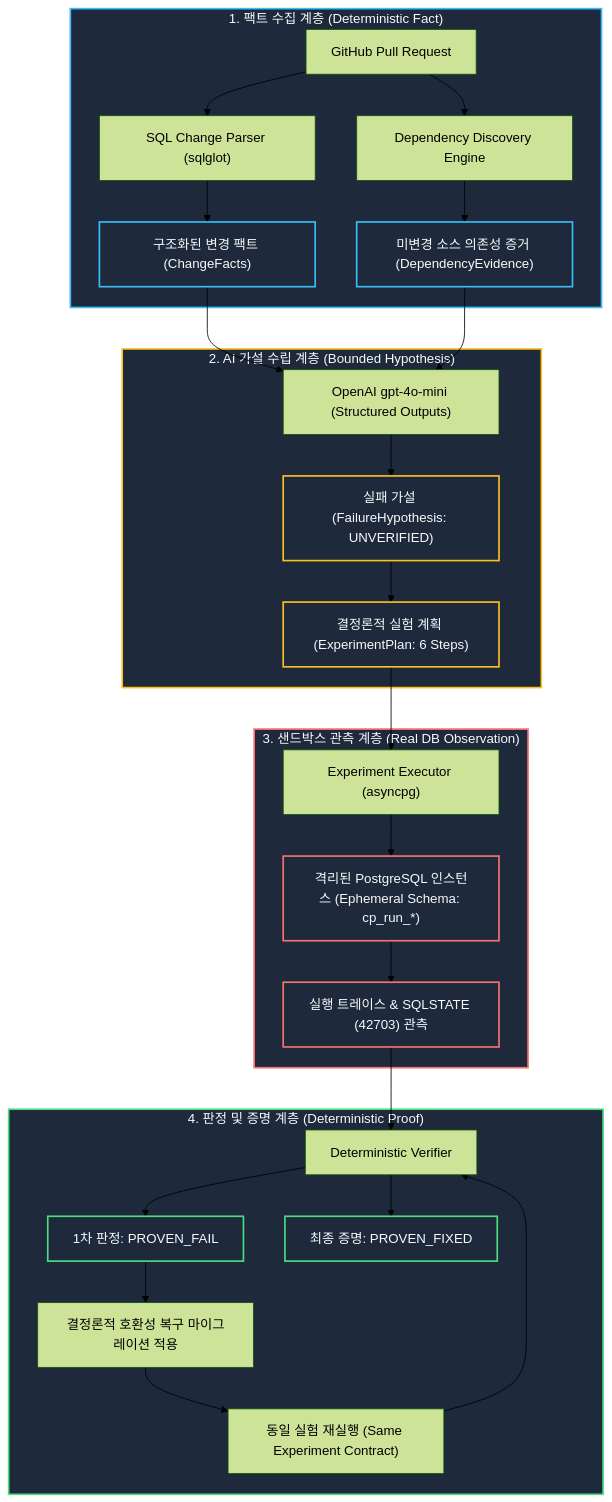
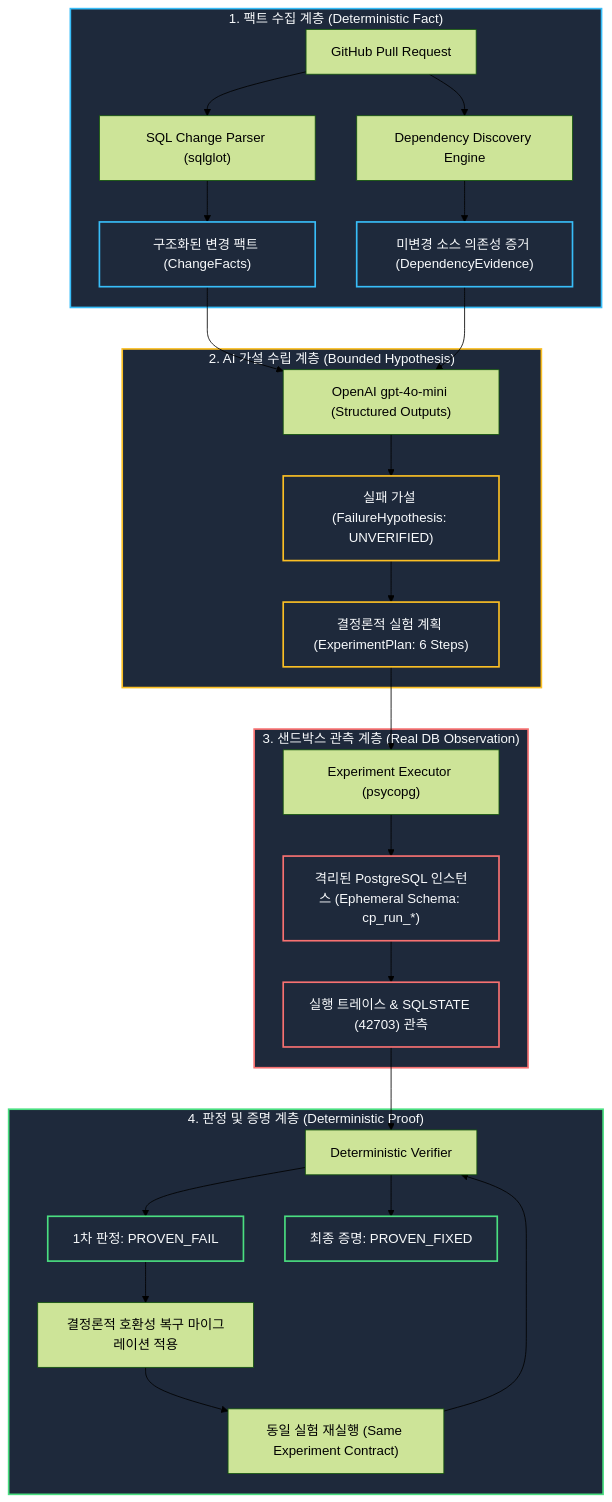
One commit to choi11000/ChangeProof changed the diagram in docs/architecture-submission.md. Above: the diagram before and after it, drawn with Mermaid (forest theme). The commit also changed other lines of this file and 5 other files, not shown here.

````diff
--- a/docs/architecture-submission.md
+++ b/docs/architecture-submission.md
@@ -9,47 +9,47 @@
 ```mermaid
 flowchart TD
     subgraph INTAKE["1. 팩트 수집 계층 (Deterministic Fact)"]
         PR["GitHub Pull Request"]
         PARSER["SQL Change Parser (sqlglot)"]
         DEP["Dependency Discovery Engine"]
         FACTS["구조화된 변경 팩트 (ChangeFacts)"]
         EVIDENCE["미변경 소스 의존성 증거 (DependencyEvidence)"]
         PR --> PARSER --> FACTS
         PR --> DEP --> EVIDENCE
     end
 
     subgraph REASONING["2. AI 가설 수립 계층 (Bounded Hypothesis)"]
         LLM["OpenAI gpt-4o-mini (Structured Outputs)"]
         HYPO["실패 가설 (FailureHypothesis: UNVERIFIED)"]
         PLAN["결정론적 실험 계획 (ExperimentPlan: 6 Steps)"]
         FACTS & EVIDENCE --> LLM --> HYPO --> PLAN
     end
 
     subgraph EXECUTION["3. 샌드박스 관측 계층 (Real DB Observation)"]
         SANDBOX["격리된 PostgreSQL 인스턴스 (Ephemeral Schema: cp_run_*)"]
-        EXEC["Experiment Executor (asyncpg)"]
+        EXEC["Experiment Executor (psycopg)"]
         TRACE["실행 트레이스 & SQLSTATE (42703) 관측"]
         PLAN --> EXEC --> SANDBOX --> TRACE
     end
 
     subgraph VERDICT["4. 판정 및 증명 계층 (Deterministic Proof)"]
         VERIFIER["Deterministic Verifier"]
         FAIL["1차 판정: PROVEN_FAIL"]
         REMED["결정론적 호환성 복구 마이그레이션 적용"]
         RE_RUN["동일 실험 재실행 (Same Experiment Contract)"]
         FIXED["최종 증명: PROVEN_FIXED"]
         
         TRACE --> VERIFIER --> FAIL
         FAIL --> REMED --> RE_RUN --> VERIFIER --> FIXED
     end
 
     classDef fact fill:#1e293b,stroke:#38bdf8,stroke-width:2px,color:#f8fafc;
     classDef hypo fill:#1e293b,stroke:#fbbf24,stroke-width:2px,color:#f8fafc;
     classDef obs fill:#1e293b,stroke:#f87171,stroke-width:2px,color:#f8fafc;
     classDef proof fill:#1e293b,stroke:#4ade80,stroke-width:2px,color:#f8fafc;
 
     class INTAKE,FACTS,EVIDENCE fact;
     class REASONING,HYPO,PLAN hypo;
     class EXECUTION,SANDBOX,TRACE obs;
     class VERDICT,FAIL,FIXED proof;
 ```
````
